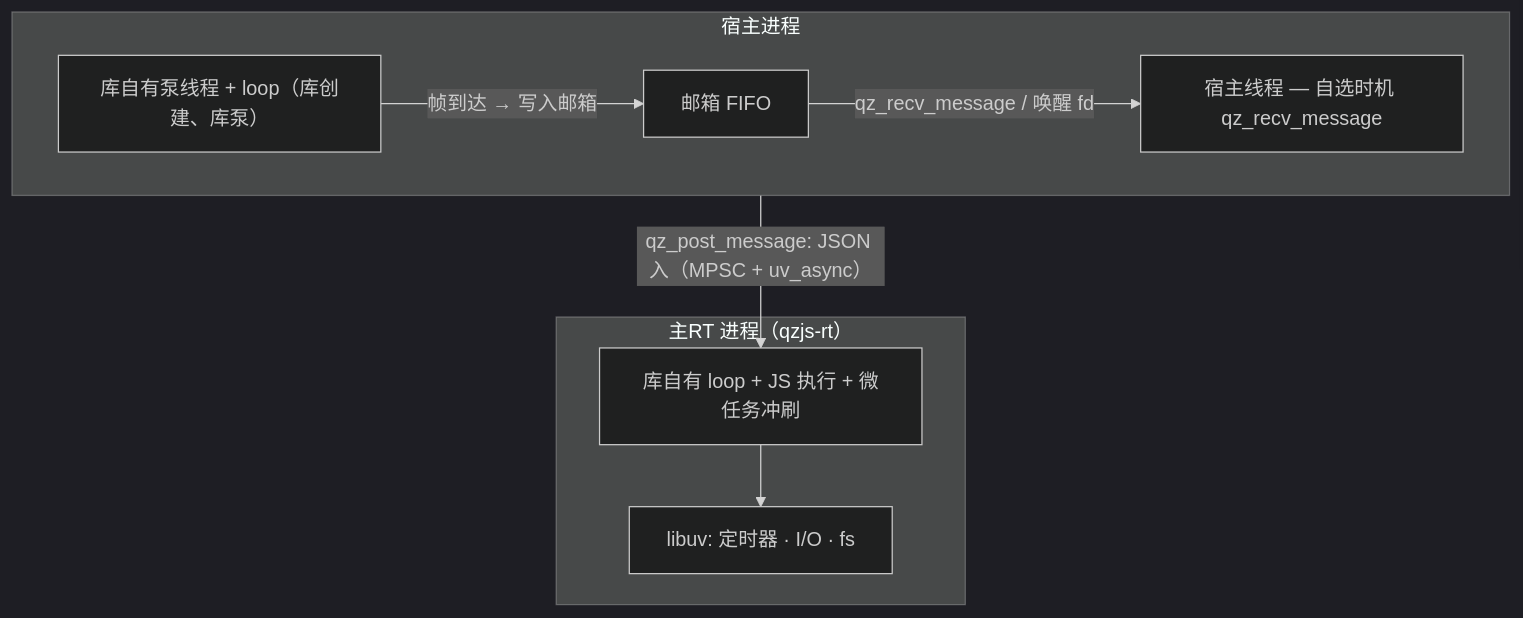
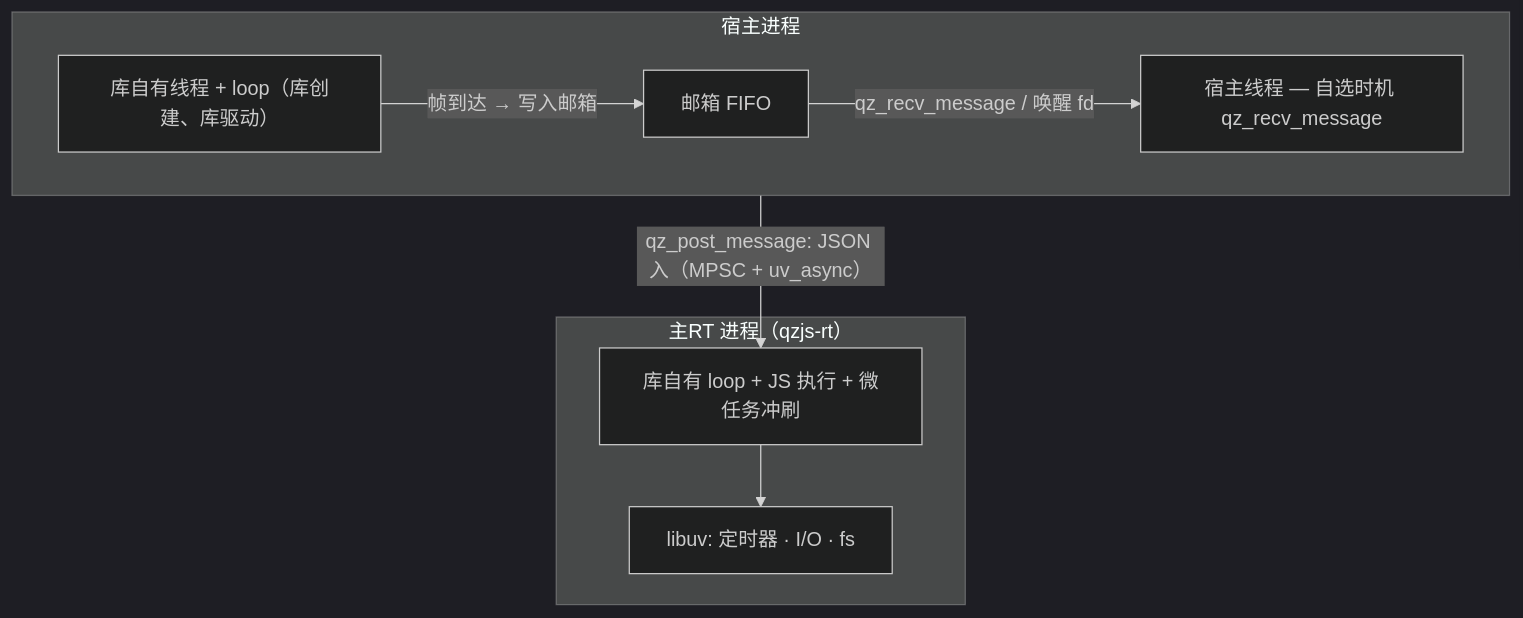
The diagram in docs/zh/guide/event-loop.md (adam-ikari/qzjs), drawn with Mermaid (dark theme) before and after one commit. The commit also changed other lines of this file and 97 other files, not shown here.

````diff
--- a/docs/zh/guide/event-loop.md
+++ b/docs/zh/guide/event-loop.md
@@ -15,15 +15,15 @@
 ```mermaid
 flowchart TB
     subgraph HOSTP["宿主进程"]
-        PUMP["库自有泵线程 + loop（库创建、库泵）"]
+        HSIDE["库自有线程 + loop（库创建、库驱动）"]
         MB["邮箱 FIFO"]
         HT["宿主线程 — 自选时机 qz_recv_message"]
-        PUMP -->|"帧到达 → 写入邮箱"| MB
+        HSIDE -->|"帧到达 → 写入邮箱"| MB
         MB -->|"qz_recv_message / 唤醒 fd"| HT
     end
     HOSTP -->|"qz_post_message: JSON 入（MPSC + uv_async）"| RT
     subgraph RTP["主RT 进程（qzjs-rt）"]
         RT["库自有 loop + JS 执行 + 微任务冲刷"]
         RT --> LIBUV["libuv: 定时器 · I/O · fs"]
     end
 ```
````
